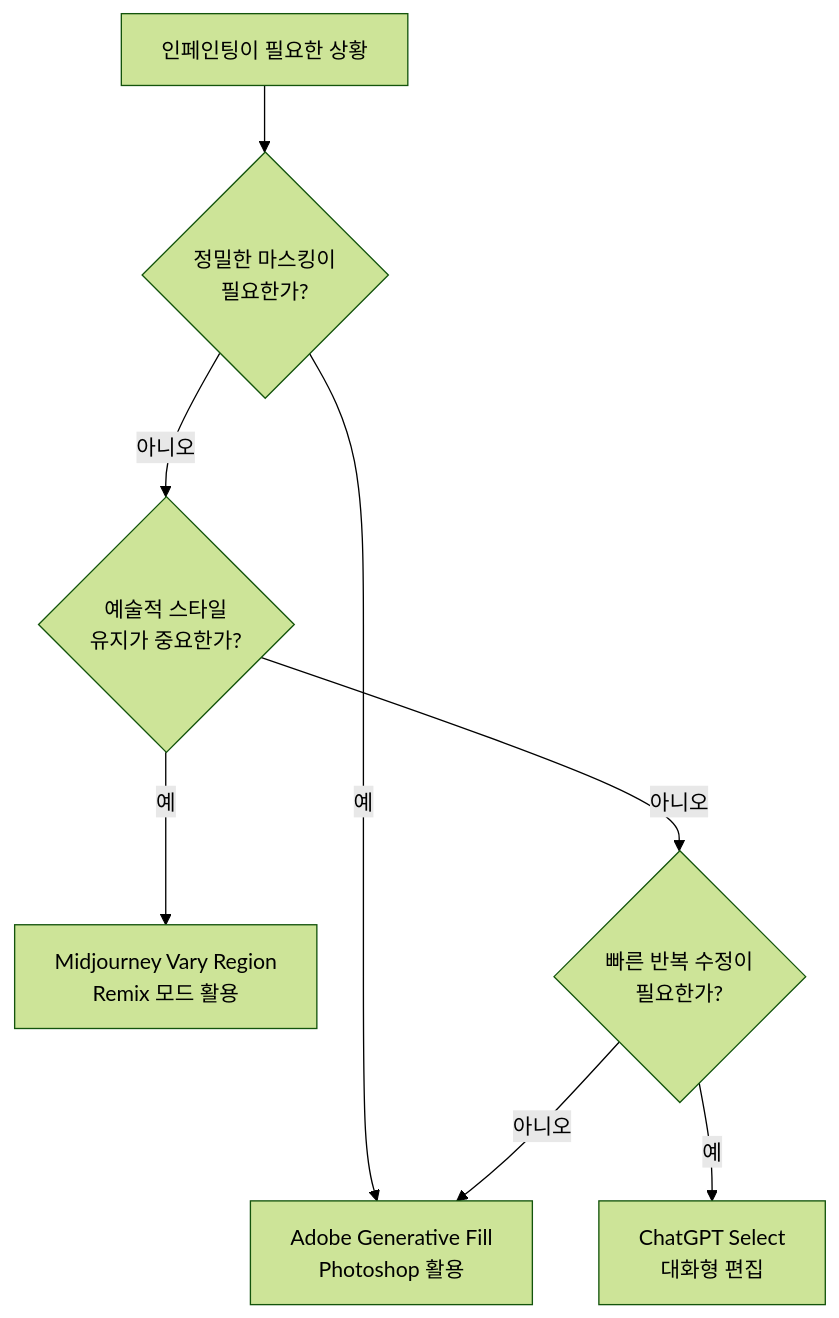
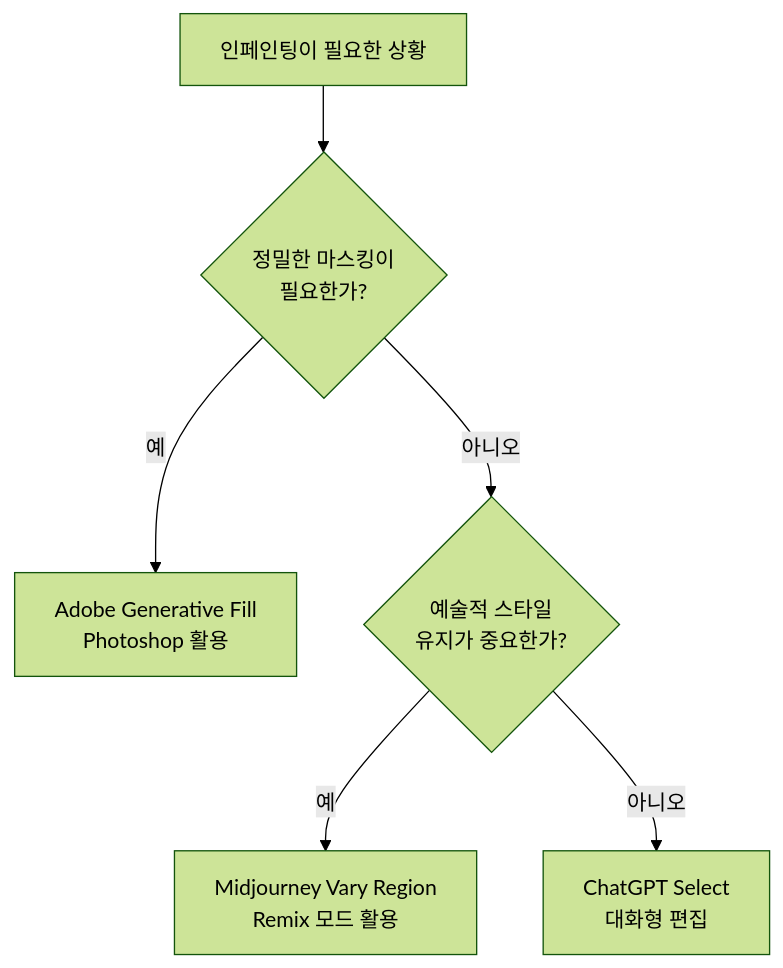
Before and after one commit to jsonpassion/forge-tutorial-promptcanvas: the third of 3 diagrams in 06-ch6-이미지-편집-기법-img2img인페인팅아웃페인팅/02-02-인페인팅-기초-부분-수정의-기술.md, drawn with Mermaid (forest theme). The commit also changed other lines of this file and 63 other files, not shown here.

````diff
--- a/06-ch6-이미지-편집-기법-img2img인페인팅아웃페인팅/02-02-인페인팅-기초-부분-수정의-기술.md
+++ b/06-ch6-이미지-편집-기법-img2img인페인팅아웃페인팅/02-02-인페인팅-기초-부분-수정의-기술.md
@@ -173,10 +127,8 @@
 ```mermaid
 flowchart TD
     Q["인페인팅이 필요한 상황"] --> Q1{"정밀한 마스킹이<br/>필요한가?"}
     Q1 -->|"예"| PS["Adobe Generative Fill<br/>Photoshop 활용"]
     Q1 -->|"아니오"| Q2{"예술적 스타일<br/>유지가 중요한가?"}
     Q2 -->|"예"| MJ["Midjourney Vary Region<br/>Remix 모드 활용"]
-    Q2 -->|"아니오"| Q3{"빠른 반복 수정이<br/>필요한가?"}
-    Q3 -->|"예"| CH["ChatGPT Select<br/>대화형 편집"]
-    Q3 -->|"아니오"| PS
+    Q2 -->|"아니오"| CH["ChatGPT Select<br/>대화형 편집"]
 ```
````
